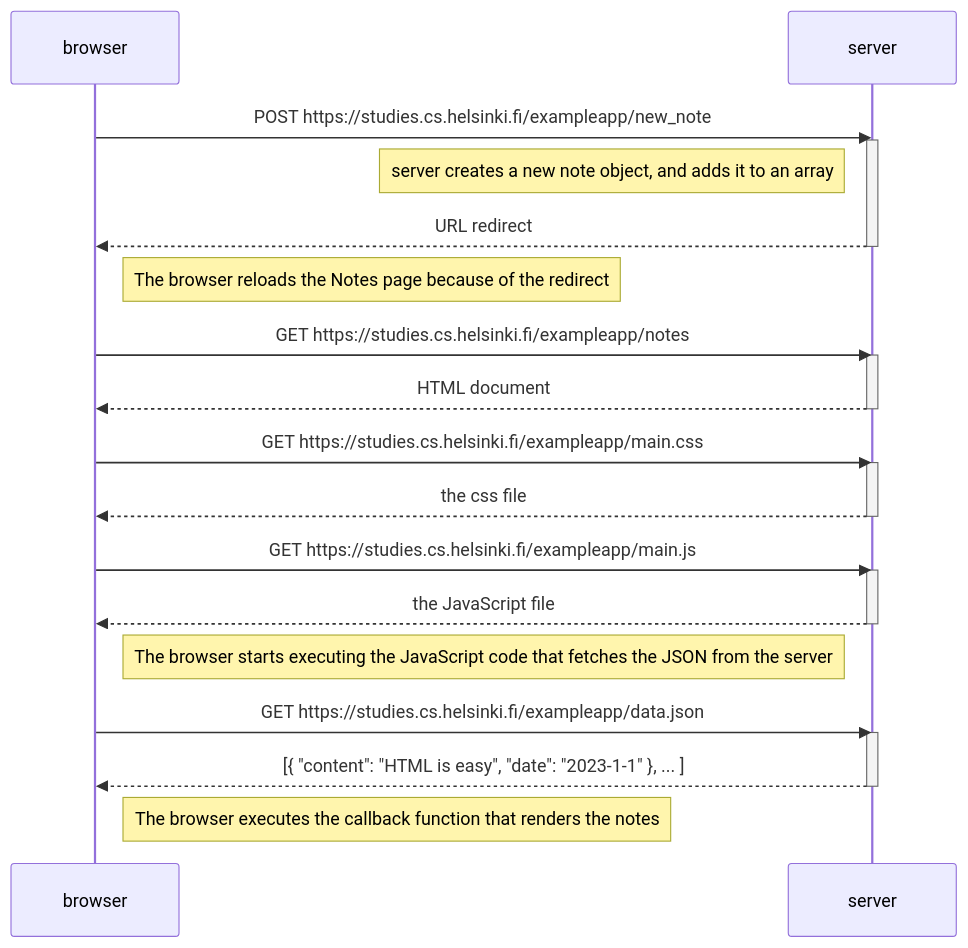
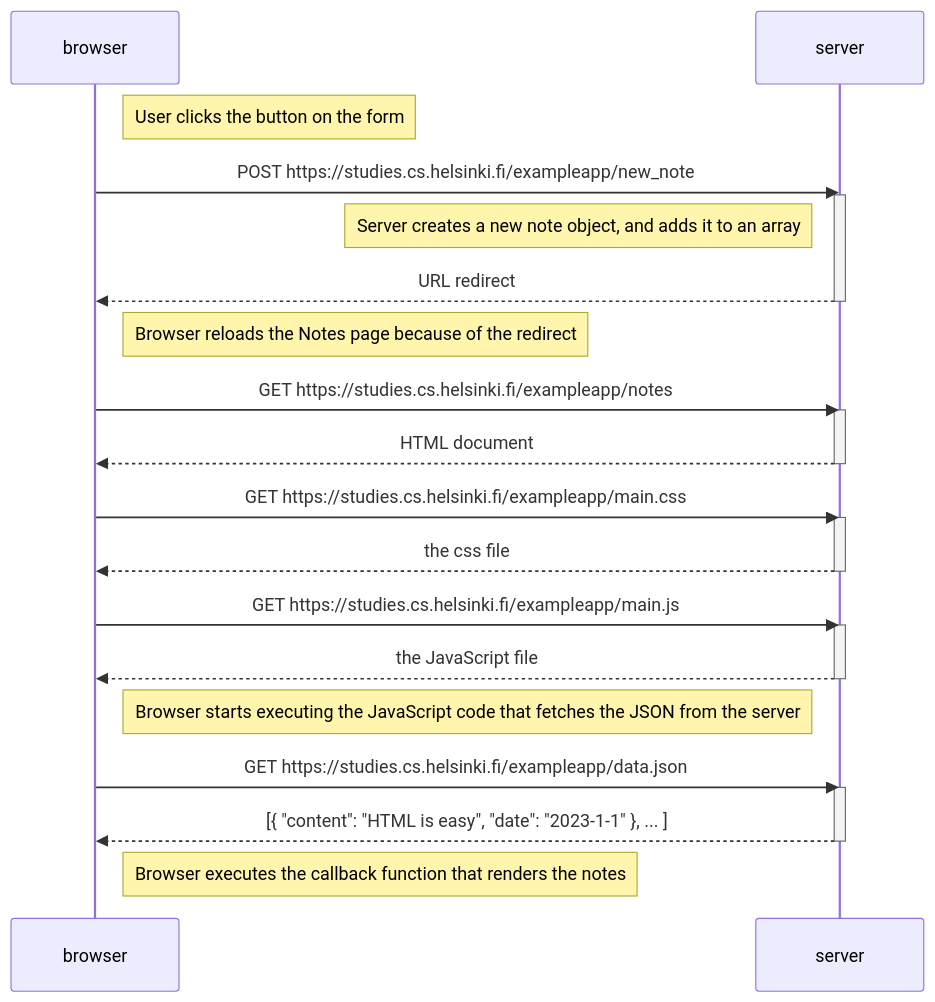
Before and after one commit to Dallair220/part0: the diagram in README.md, drawn with Mermaid.

````diff
--- a/README.md
+++ b/README.md
@@ -6,37 +6,39 @@
 ```mermaid
 sequenceDiagram
     participant browser
     participant server
 
+    Note right of browser: User clicks the button on the form
+
     browser->>server: POST https://studies.cs.helsinki.fi/exampleapp/new_note
     activate server
-    Note left of server: server creates a new note object, and adds it to an array
+    Note left of server: Server creates a new note object, and adds it to an array
     server-->>browser: URL redirect
     deactivate server
 
-    Note right of browser: The browser reloads the Notes page because of the redirect
+    Note right of browser: Browser reloads the Notes page because of the redirect
 
     browser->>server: GET https://studies.cs.helsinki.fi/exampleapp/notes
     activate server
     server-->>browser: HTML document
     deactivate server
 
     browser->>server: GET https://studies.cs.helsinki.fi/exampleapp/main.css
     activate server
     server-->>browser: the css file
     deactivate server
 
     browser->>server: GET https://studies.cs.helsinki.fi/exampleapp/main.js
     activate server
     server-->>browser: the JavaScript file
     deactivate server
 
-    Note right of browser: The browser starts executing the JavaScript code that fetches the JSON from the server
+    Note right of browser: Browser starts executing the JavaScript code that fetches the JSON from the server
 
     browser->>server: GET https://studies.cs.helsinki.fi/exampleapp/data.json
     activate server
     server-->>browser: [{ "content": "HTML is easy", "date": "2023-1-1" }, ... ]
     deactivate server
 
-    Note right of browser: The browser executes the callback function that renders the notes
+    Note right of browser: Browser executes the callback function that renders the notes
 ```
````
